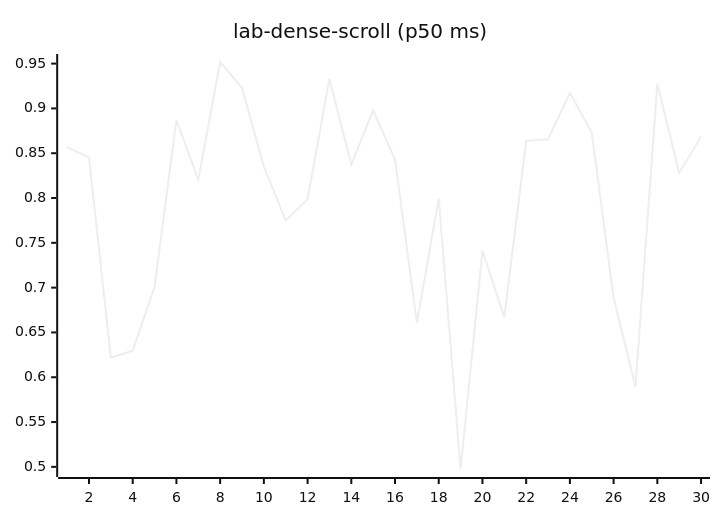
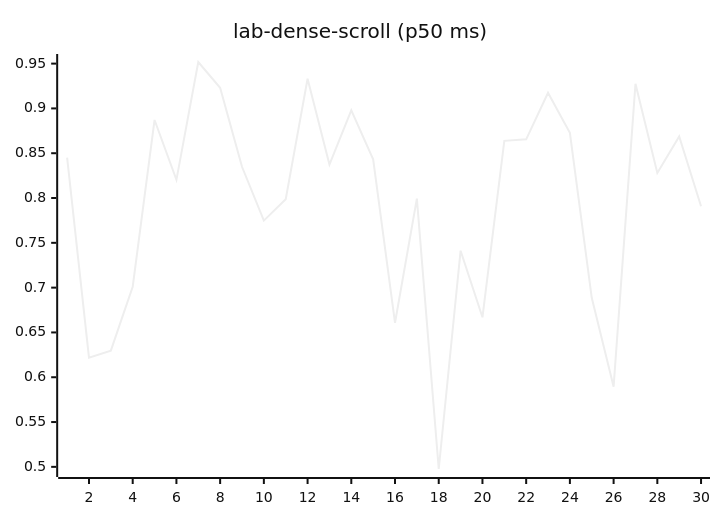
Before and after one commit to josha/Facet: diagram 12 of 27 in README.md, drawn with Mermaid (neutral theme). The commit also changed other lines of this file and 2 other files, not shown here.

````diff
--- a/README.md
+++ b/README.md
@@ -140,6 +140,6 @@
 ```mermaid
 xychart-beta
     title "lab-dense-scroll (p50 ms)"
     x-axis 1 --> 30
-    line [0.8568, 0.8450, 0.6219, 0.6297, 0.7010, 0.8871, 0.8203, 0.9518, 0.9230, 0.8349, 0.7748, 0.7987, 0.9331, 0.8374, 0.8979, 0.8432, 0.6608, 0.7993, 0.4976, 0.7412, 0.6669, 0.8638, 0.8655, 0.9174, 0.8727, 0.6887, 0.5895, 0.9275, 0.8280, 0.8687]
+    line [0.8450, 0.6219, 0.6297, 0.7010, 0.8871, 0.8203, 0.9518, 0.9230, 0.8349, 0.7748, 0.7987, 0.9331, 0.8374, 0.8979, 0.8432, 0.6608, 0.7993, 0.4976, 0.7412, 0.6669, 0.8638, 0.8655, 0.9174, 0.8727, 0.6887, 0.5895, 0.9275, 0.8280, 0.8687, 0.7908]
 ```
````
